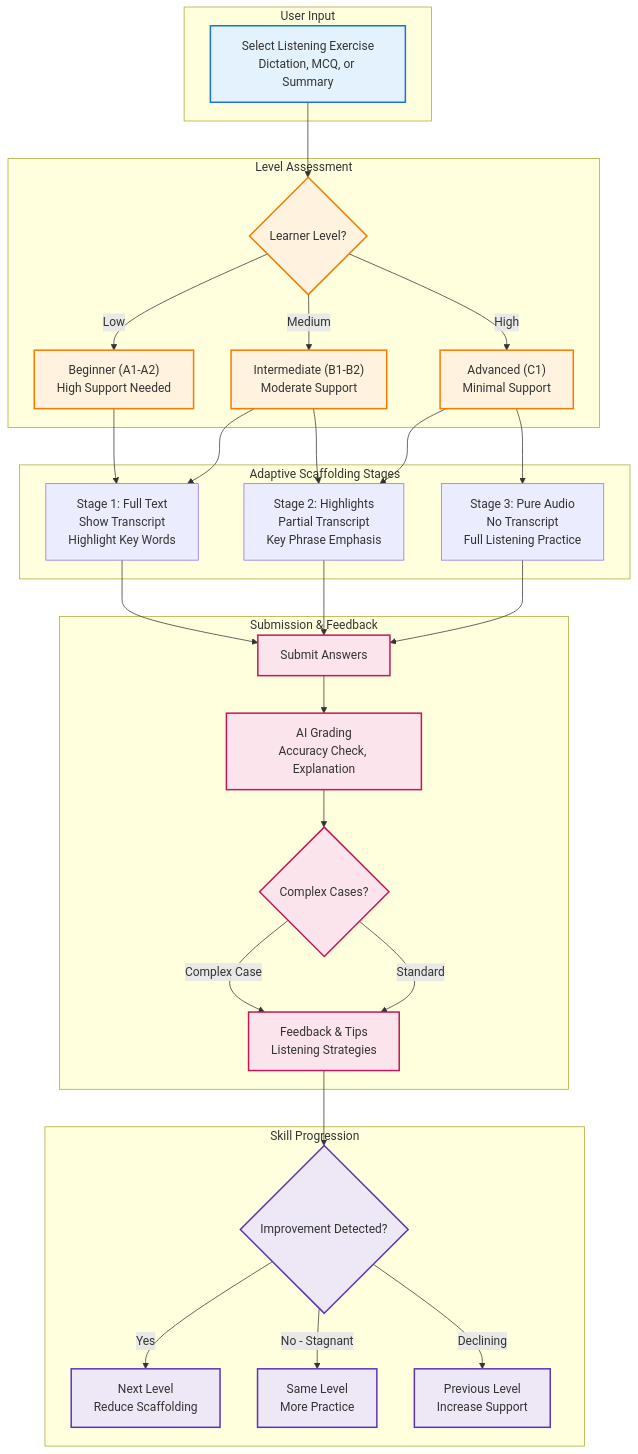
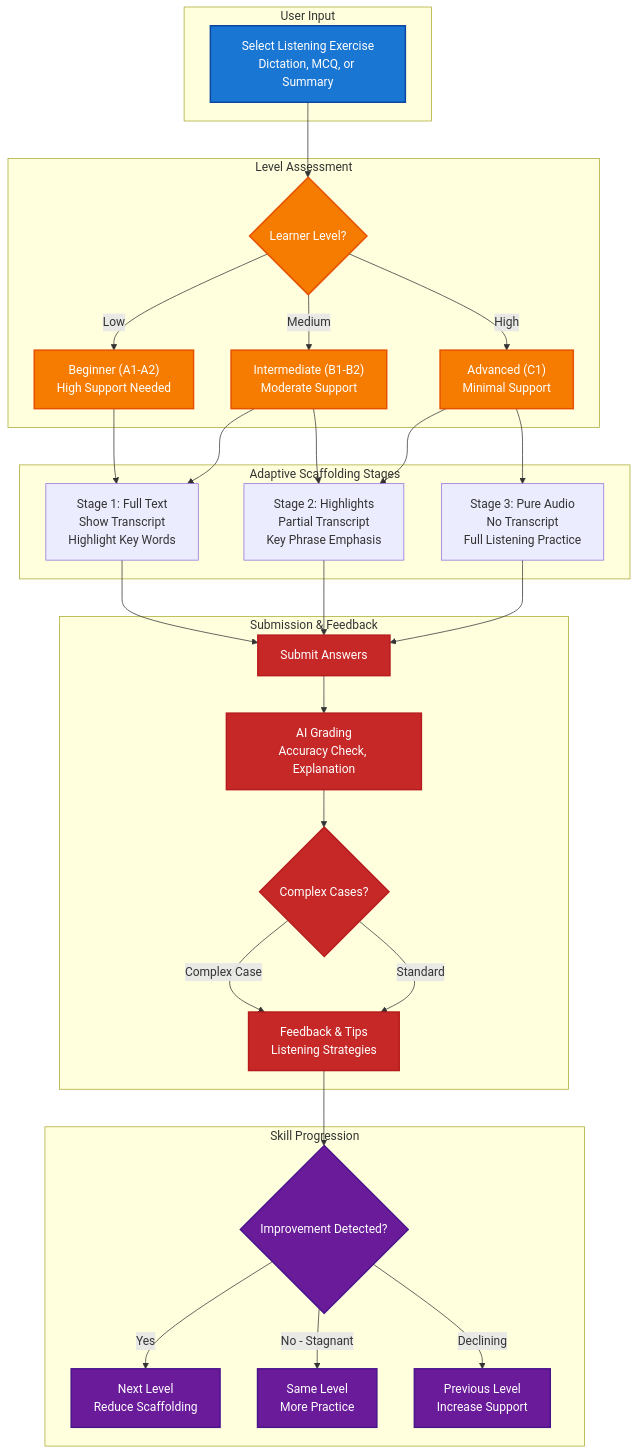
One commit to nghyane/VSTEP changed the fourth of 8 diagrams in docs/capstone/diagrams/flow-diagrams.md. Above: the diagram before and after it, drawn with Mermaid. The commit also changed other lines of this file, not shown here.

First line of the commit message:
docs: update Mermaid diagram colors for better GitHub contrast

````diff
--- a/docs/capstone/diagrams/flow-diagrams.md
+++ b/docs/capstone/diagrams/flow-diagrams.md
@@ -231,72 +231,72 @@
 ```mermaid
 flowchart TB
     subgraph Input["User Input"]
         selectL["Select Listening Exercise<br/>Dictation, MCQ, or Summary"]
     end
 
     subgraph AssessmentL["Level Assessment"]
         levelL{"Learner Level?"}
         beginnerL["Beginner (A1-A2)<br/>High Support Needed"]
         intermediateL["Intermediate (B1-B2)<br/>Moderate Support"]
         advancedL["Advanced (C1)<br/>Minimal Support"]
     end
 
     subgraph ScaffoldL["Adaptive Scaffolding Stages"]
         stage1L["Stage 1: Full Text<br/>Show Transcript<br/>Highlight Key Words"]
         stage2L["Stage 2: Highlights<br/>Partial Transcript<br/>Key Phrase Emphasis"]
         stage3L["Stage 3: Pure Audio<br/>No Transcript<br/>Full Listening Practice"]
     end
 
     subgraph SubmissionL["Submission & Feedback"]
         answer["Submit Answers"]
         aiL["AI Grading<br/>Accuracy Check, Explanation"]
         humanL{"Complex Cases?"}
         feedbackL["Feedback & Tips<br/>Listening Strategies"]
     end
 
     subgraph ProgressionL["Skill Progression"]
         improveL{"Improvement Detected?"}
         nextL["Next Level<br/>Reduce Scaffolding"]
         repeatL["Same Level<br/>More Practice"]
         resetL["Previous Level<br/>Increase Support"]
     end
 
     %% Flow connections
     selectL --> levelL
     levelL -->|Low| beginnerL
     levelL -->|Medium| intermediateL
     levelL -->|High| advancedL
     
     beginnerL --> stage1L
     intermediateL --> stage1L
     intermediateL --> stage2L
     advancedL --> stage2L
     advancedL --> stage3L
     
     stage1L --> answer
     stage2L --> answer
     stage3L --> answer
     
     answer --> aiL
     aiL --> humanL
     humanL -->|Complex Case| feedbackL
     humanL -->|Standard| feedbackL
     feedbackL --> improveL
     
     improveL -->|Yes| nextL
     improveL -->|No - Stagnant| repeatL
     improveL -->|Declining| resetL
 
     %% Styling
-    classDef input fill:#e3f2fd,stroke:#1976d2,stroke-width:2px
-    classDef assessment fill:#fff3e0,stroke:#f57c00,stroke-width:2px
-    classDef scaffold fill:#e8f5e9,stroke:#388e3c,stroke-width:2px
-    classDef feedback fill:#fce4ec,stroke:#c2185b,stroke-width:2px
-    classDef progression fill:#ede7f6,stroke:#5e35b1,stroke-width:2px
+    classDef input fill:#1976d2,stroke:#0d47a1,stroke-width:2px,color:#fff
+    classDef assessment fill:#f57c00,stroke:#e65100,stroke-width:2px,color:#fff
+    classDef scaffold fill:#388e3c,stroke:#1b5e20,stroke-width:2px,color:#fff
+    classDef feedback fill:#c62828,stroke:#b71c1c,stroke-width:2px,color:#fff
+    classDef progression fill:#6a1b9a,stroke:#4a148c,stroke-width:2px,color:#fff
 
     class selectL input
     class levelL,beginnerL,intermediateL,advancedL assessment
     class stage1L,stage2L,stage3L scaffoldL
     class answer,aiL,humanL,feedbackL feedback
     class improveL,nextL,repeatL,resetL progression
 ```
````
